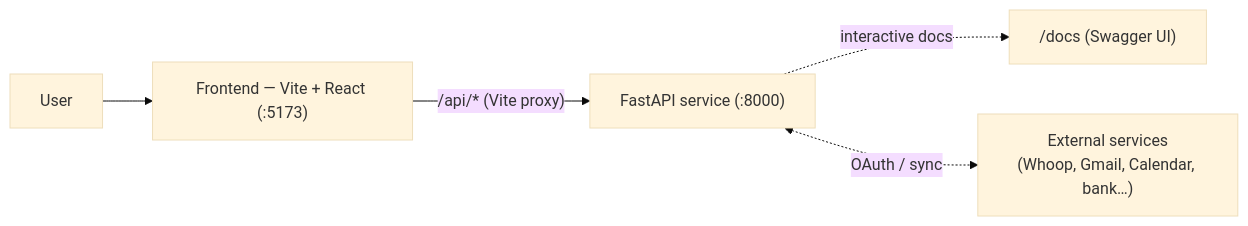
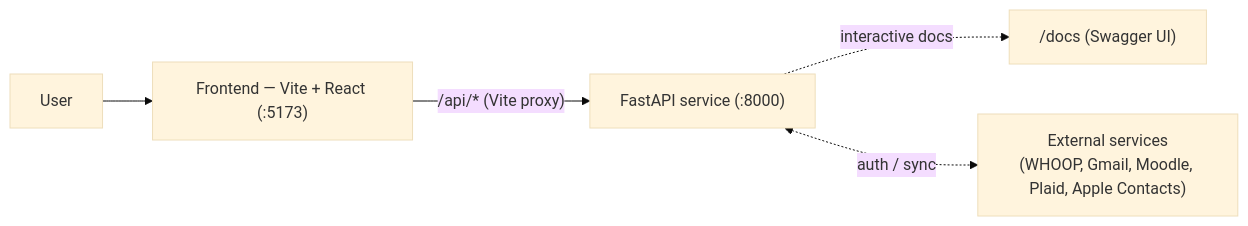
One commit to daschempp/ScuffedOS changed the first of 3 diagrams in docs/backend-overview.md. Above: the diagram before and after it, drawn with Mermaid (base theme). The commit also changed other lines of this file and 7 other files, not shown here.

````diff
--- a/docs/backend-overview.md
+++ b/docs/backend-overview.md
@@ -39,7 +50,7 @@
 ```mermaid
 flowchart LR
     User --> FE["Frontend — Vite + React (:5173)"]
     FE -->|"/api/* (Vite proxy)"| BE["FastAPI service (:8000)"]
     BE -. "interactive docs" .-> SW["/docs (Swagger UI)"]
-    BE <-. "OAuth / sync" .-> EXT["External services<br/>(Whoop, Gmail, Calendar, bank…)"]
+    BE <-. "auth / sync" .-> EXT["External services<br/>(WHOOP, Gmail, Moodle, Plaid, Apple Contacts)"]
 ```
````
